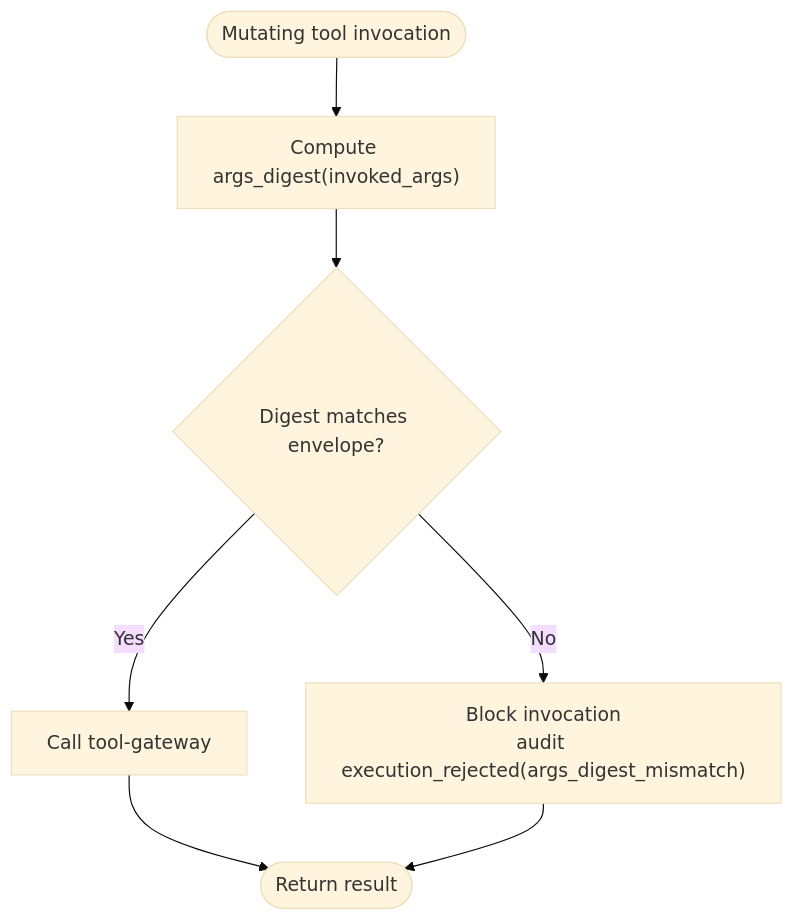
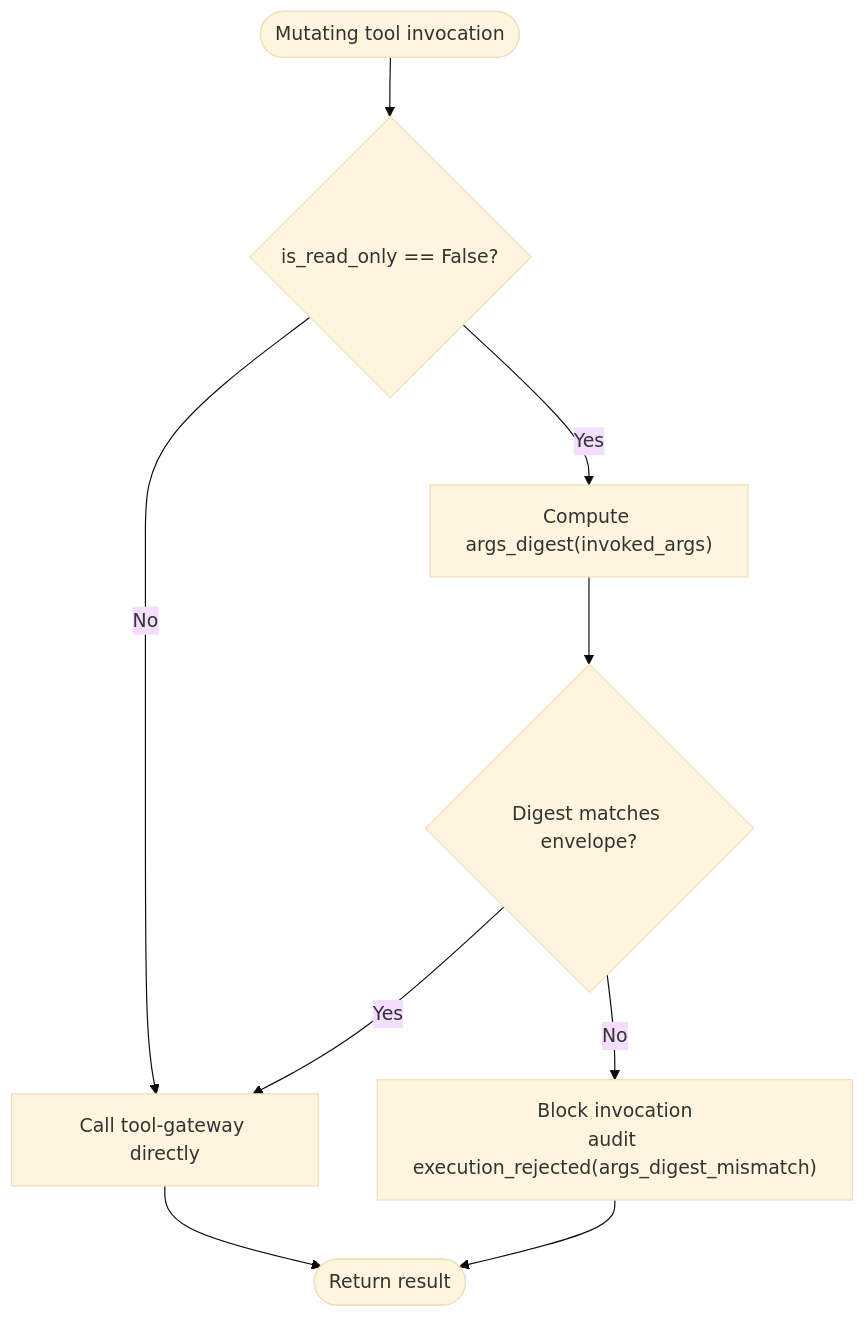
One commit to metasync/luban-aiops changed the fourth of 8 diagrams in .qoder/repowiki/en/content/Architecture Documentation/SPEC-037_ Signed Execution Requests and Receipts.md. Above: the diagram before and after it, drawn with Mermaid (base theme). The commit also changed other lines of this file and 27 other files, not shown here.

````diff
--- a/.qoder/repowiki/en/content/Architecture Documentation/SPEC-037_ Signed Execution Requests and Receipts.md
+++ b/.qoder/repowiki/en/content/Architecture Documentation/SPEC-037_ Signed Execution Requests and Receipts.md
@@ -163,9 +196,11 @@
 ```mermaid
 flowchart TD
-Enter(["Mutating tool invocation"]) --> Compute["Compute args_digest(invoked_args)"]
+Enter(["Mutating tool invocation"]) --> CheckRO{"is_read_only == False?"}
+CheckRO --> |No| Call["Call tool-gateway directly"]
+CheckRO --> |Yes| Compute["Compute args_digest(invoked_args)"]
 Compute --> Compare{"Digest matches envelope?"}
-Compare --> |Yes| Call["Call tool-gateway"]
+Compare --> |Yes| Call
 Compare --> |No| Block["Block invocation<br/>audit execution_rejected(args_digest_mismatch)"]
 Call --> Exit(["Return result"])
 Block --> Exit
 ```
````
